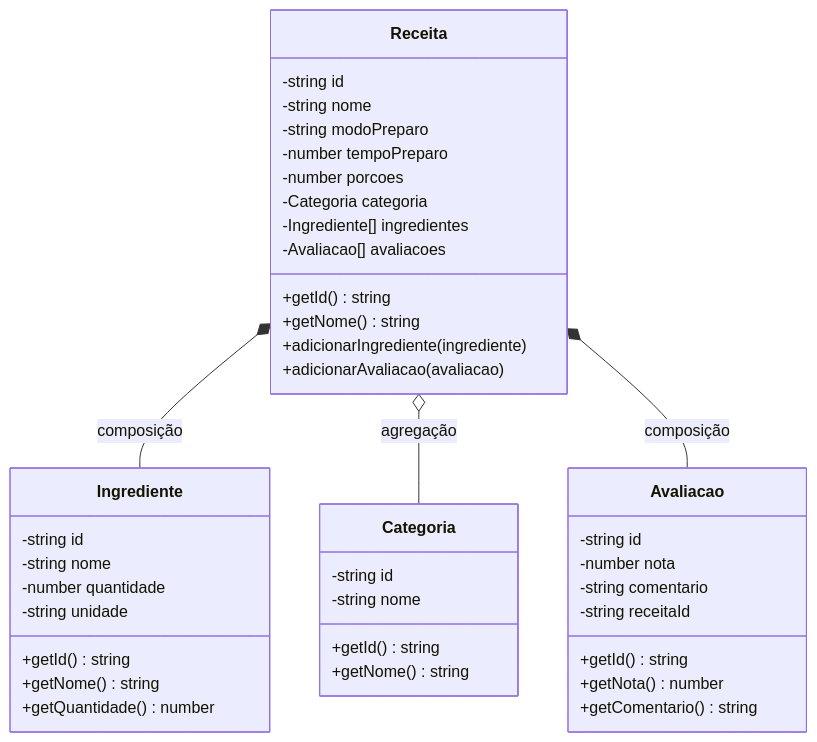
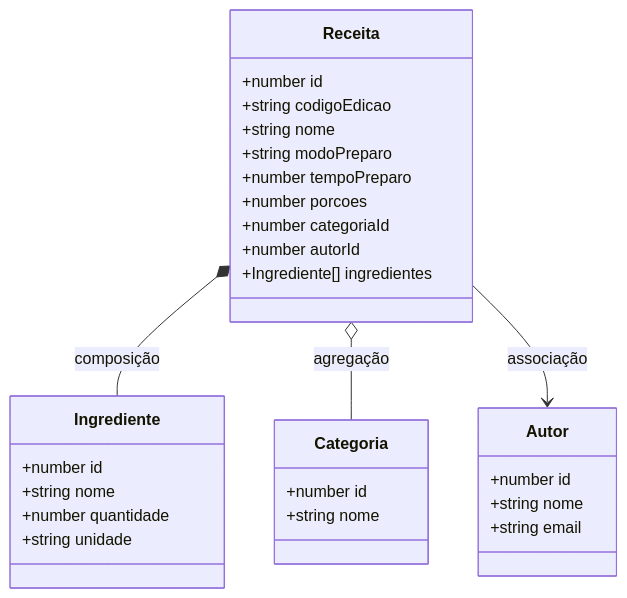
The second of 2 diagrams in README.md (arlissondiogo/vegRecipes), drawn with Mermaid before and after one commit. The commit also changed other lines of this file and 41 other files, not shown here.

````diff
--- a/README.md
+++ b/README.md
@@ -101,48 +142,36 @@
 ```mermaid
 classDiagram
     class Receita {
-        -string id
-        -string nome
-        -string modoPreparo
-        -number tempoPreparo
-        -number porcoes
-        -Categoria categoria
-        -Ingrediente[] ingredientes
-        -Avaliacao[] avaliacoes
-        +getId() string
-        +getNome() string
-        +adicionarIngrediente(ingrediente)
-        +adicionarAvaliacao(avaliacao)
+        +number id
+        +string codigoEdicao
+        +string nome
+        +string modoPreparo
+        +number tempoPreparo
+        +number porcoes
+        +number categoriaId
+        +number autorId
+        +Ingrediente[] ingredientes
     }
 
     class Ingrediente {
-        -string id
-        -string nome
-        -number quantidade
-        -string unidade
-        +getId() string
-        +getNome() string
-        +getQuantidade() number
+        +number id
+        +string nome
+        +number quantidade
+        +string unidade
     }
 
     class Categoria {
-        -string id
-        -string nome
-        +getId() string
-        +getNome() string
+        +number id
+        +string nome
     }
 
-    class Avaliacao {
-        -string id
-        -number nota
-        -string comentario
-        -string receitaId
-        +getId() string
-        +getNota() number
-        +getComentario() string
+    class Autor {
+        +number id
+        +string nome
+        +string email
     }
 
     Receita *-- Ingrediente : composição
     Receita o-- Categoria : agregação
-    Receita *-- Avaliacao : composição
+    Receita --> Autor : associação
 ```
````
